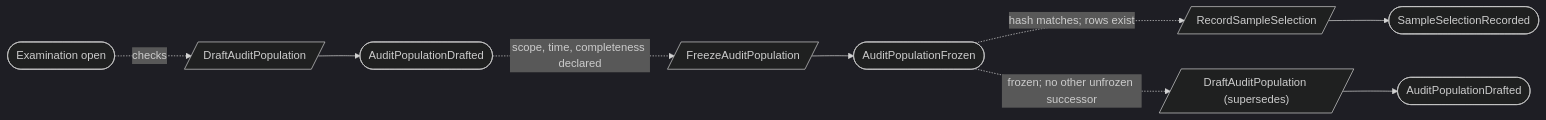
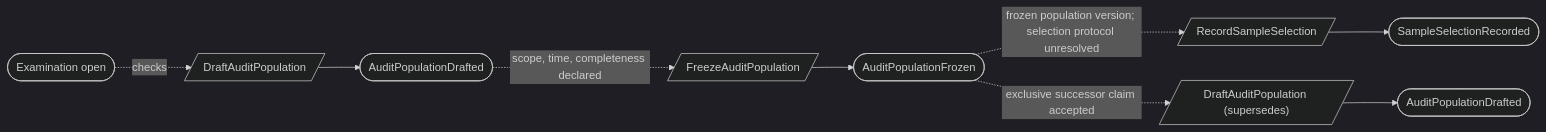
Before and after one commit to bdgrz/compliance-core: the fourth of 5 diagrams in docs/proposed/contexts/auditor-collaboration.md, drawn with Mermaid (dark theme). The commit also changed other lines of this file and 1812 other files, not shown here.

````diff
--- a/docs/proposed/contexts/auditor-collaboration.md
+++ b/docs/proposed/contexts/auditor-collaboration.md
@@ -275,8 +391,8 @@
 ```mermaid
 flowchart LR
     X0([Examination open]) -. checks .-> C1
     C1[/DraftAuditPopulation/] --> E1([AuditPopulationDrafted])
     E1 -. "scope, time, completeness declared" .-> C2[/FreezeAuditPopulation/] --> E2([AuditPopulationFrozen])
-    E2 -. "hash matches; rows exist" .-> C3[/RecordSampleSelection/] --> E3([SampleSelectionRecorded])
-    E2 -. "frozen; no other unfrozen successor" .-> C4[/"DraftAuditPopulation (supersedes)"/] --> E4([AuditPopulationDrafted])
+    E2 -. "frozen population version; selection protocol unresolved" .-> C3[/RecordSampleSelection/] --> E3([SampleSelectionRecorded])
+    E2 -. "exclusive successor claim accepted" .-> C4[/"DraftAuditPopulation (supersedes)"/] --> E4([AuditPopulationDrafted])
 ```
````
